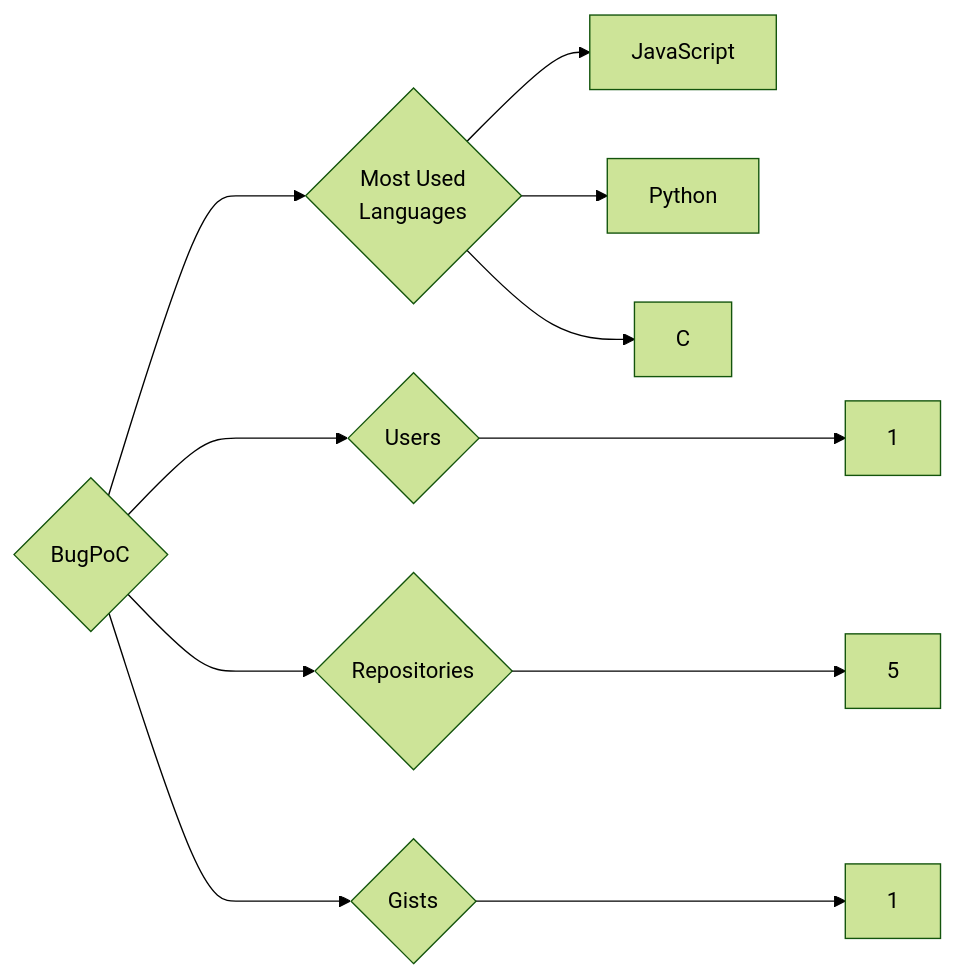
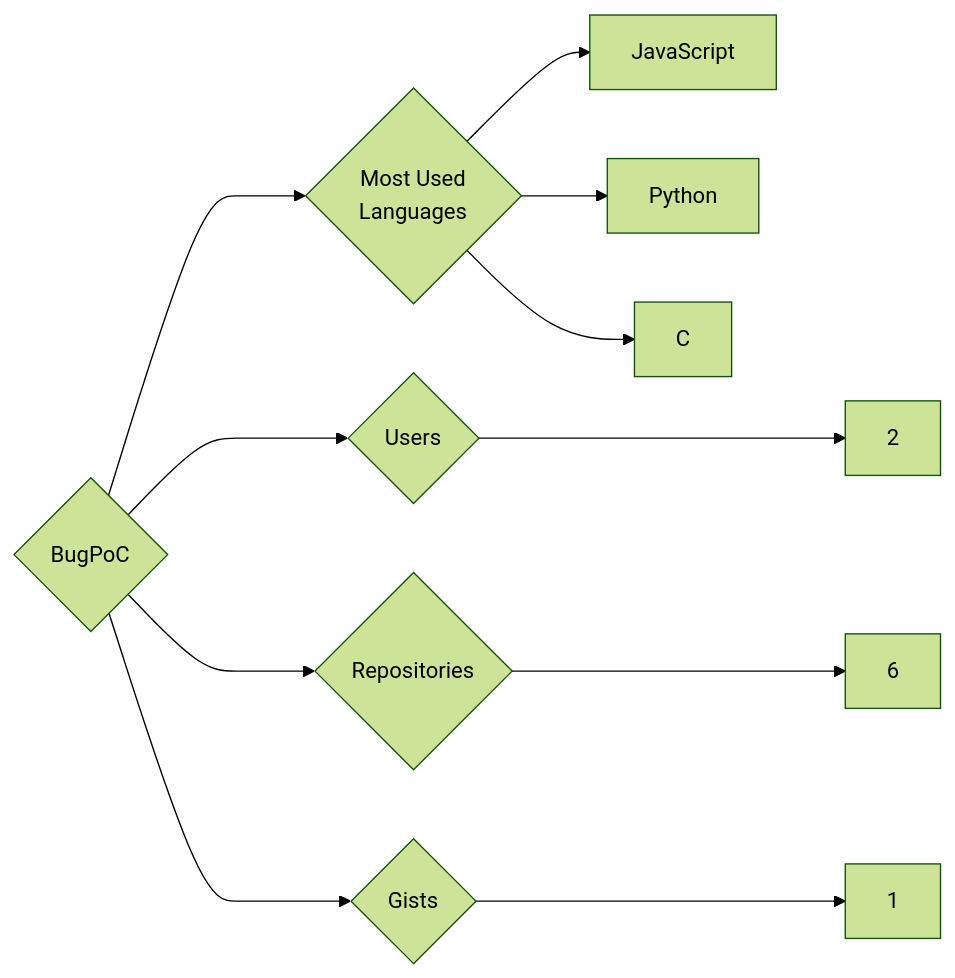
The diagram in targets/BugPoC/README.md (trickest/insiders), drawn with Mermaid (forest theme) before and after one commit. The commit also changed 912 other files, not shown here.

````diff
--- a/targets/BugPoC/README.md
+++ b/targets/BugPoC/README.md
@@ -3,11 +3,11 @@
 ```mermaid
 graph LR
 COMPANY_NAME{BugPoC}
-COMPANY_NAME ---> U{Users} ---> UN[1]
-COMPANY_NAME ---> R{Repositories} ---> RN[5]
+COMPANY_NAME ---> U{Users} ---> UN[2]
+COMPANY_NAME ---> R{Repositories} ---> RN[6]
 COMPANY_NAME ---> G{Gists} ---> GN[1]
 COMPANY_NAME ---> ML{Most Used<br>Languages}
 ML --> JavaScript[JavaScript]
 ML --> Python[Python]
 ML --> C[C]
 ```
````
